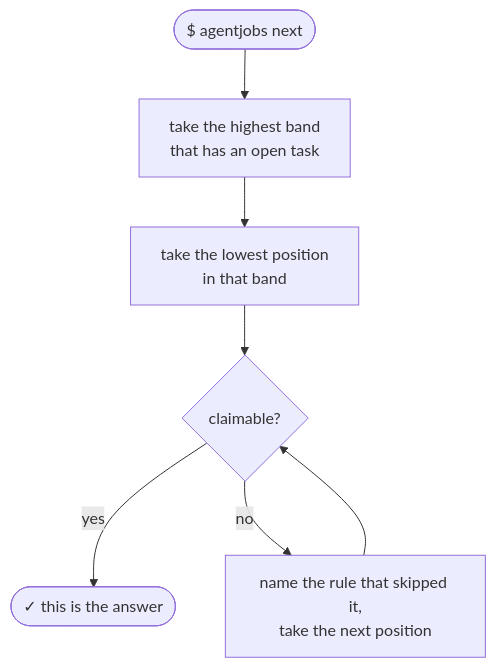
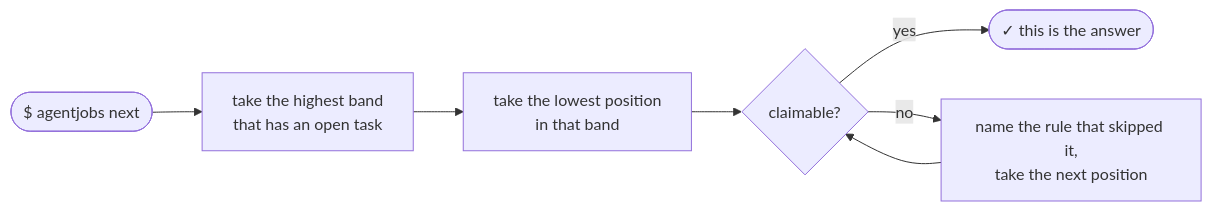
Before and after one commit to jeffposey/agentjobs: the second of 3 diagrams in README.md, drawn with Mermaid.

Commit message:
docs(readme): lay the queue diagram out horizontally
It was flowchart TD, which rendered a 493x691 column down the middle of a
948px-wide page: a third of the width used, and 691px of scrolling for six
nodes. As LR it is 916x155 — 97% of the column, and 536px shorter.

Jeff's verdict on the diagrams stands as "content is ok, layout and space usage
still meh", and this fixes the worst instance rather than the category. The
first diagram still spans about half the column; three nodes will not fill more
than that without padding it out with things a reader does not need.

````diff
--- a/README.md
+++ b/README.md
@@ -35,9 +35,9 @@
 ```mermaid
-flowchart TD
+flowchart LR
     S(["$ agentjobs next"]) --> B["take the highest band<br/>that has an open task"]
     B --> P["take the lowest position<br/>in that band"]
     P --> C{"claimable?"}
     C -- yes --> W(["✓ this is the answer"])
     C -- no --> N["name the rule that skipped it,<br/>take the next position"]
     N --> C
 ```
````
